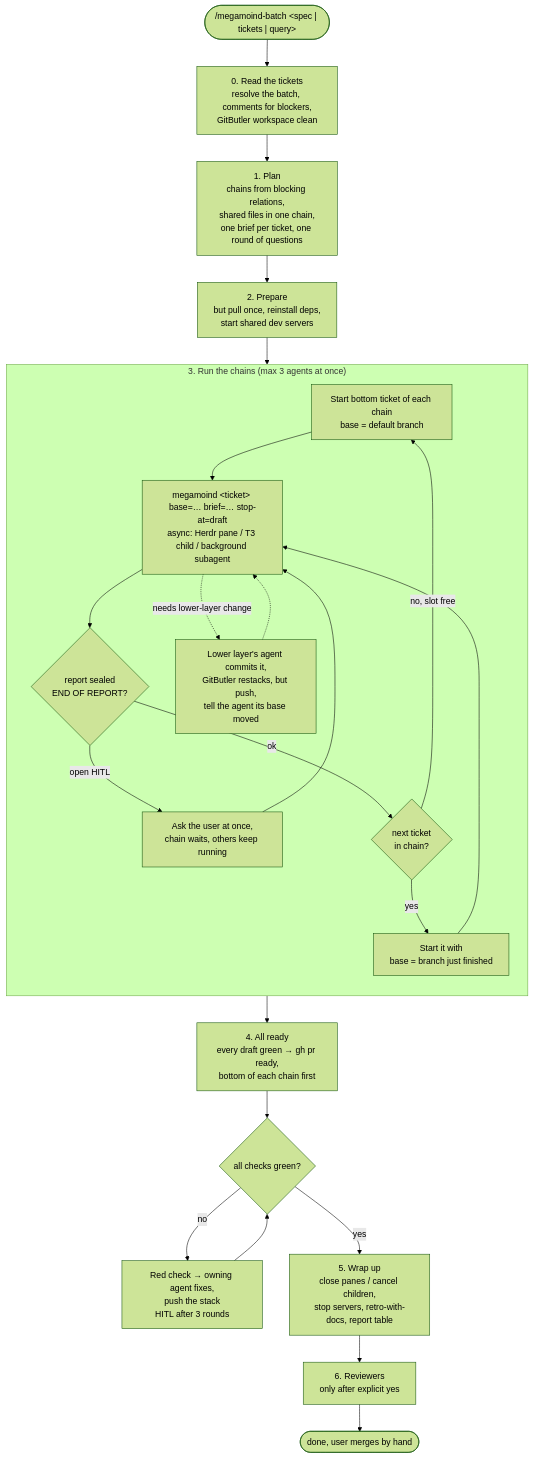
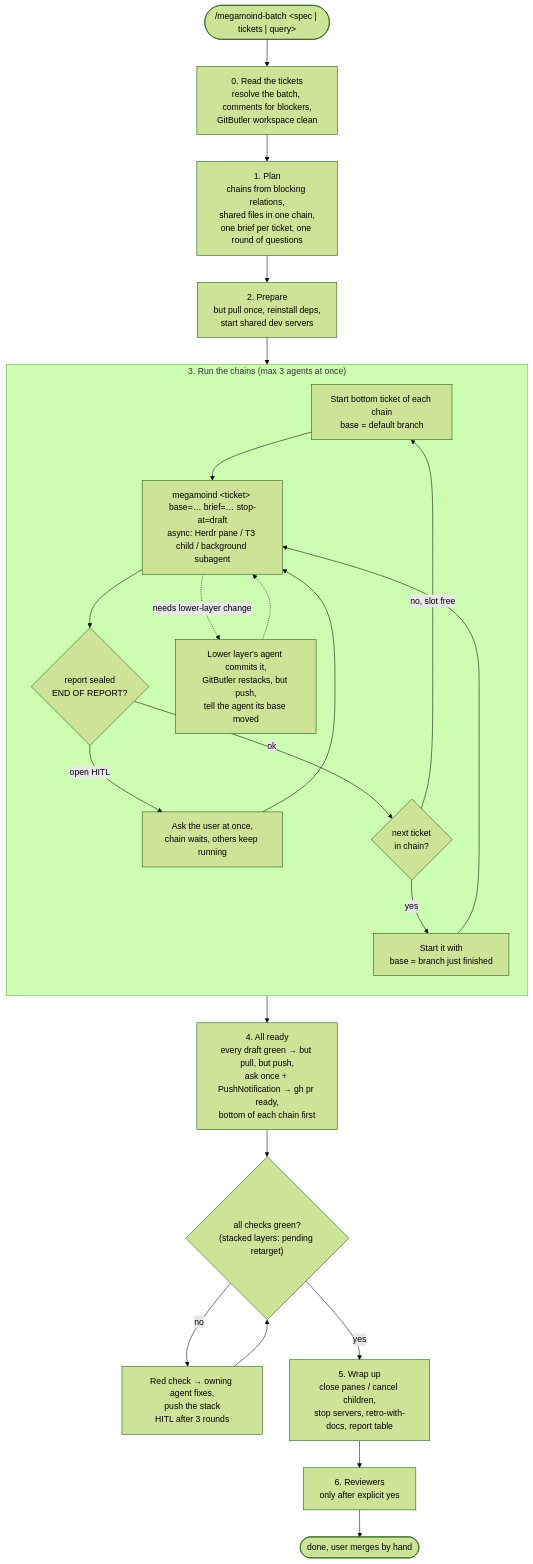
Before and after one commit to moisesrj97/skills: the second of 2 diagrams in docs/megamoind.md, drawn with Mermaid (forest theme). The commit also changed other lines of this file and 2 other files, not shown here.

````diff
--- a/docs/megamoind.md
+++ b/docs/megamoind.md
@@ -38,29 +38,29 @@
 ```mermaid
 flowchart TD
     start(["/megamoind-batch &lt;spec | tickets | query&gt;"]) --> s0["0. Read the tickets<br/>resolve the batch, comments for blockers,<br/>GitButler workspace clean"]
     s0 --> s1["1. Plan<br/>chains from blocking relations,<br/>shared files in one chain,<br/>one brief per ticket, one round of questions"]
     s1 --> s2["2. Prepare<br/>but pull once, reinstall deps,<br/>start shared dev servers"]
     s2 --> s3
 
     subgraph s3["3. Run the chains (max 3 agents at once)"]
         direction TD
         pick["Start bottom ticket of each chain<br/>base = default branch"] --> agent["megamoind &lt;ticket&gt; base=… brief=… stop-at=draft<br/>async: Herdr pane / T3 child / background subagent"]
         agent --> report{"report sealed<br/>END OF REPORT?"}
         report -- "open HITL" --> ask["Ask the user at once,<br/>chain waits, others keep running"]
         ask --> agent
         report -- ok --> next{"next ticket<br/>in chain?"}
         next -- yes --> stack["Start it with<br/>base = branch just finished"]
         stack --> agent
         next -- "no, slot free" --> pick
         agent -. "needs lower-layer change" .-> lower["Lower layer's agent commits it,<br/>GitButler restacks, but push,<br/>tell the agent its base moved"]
         lower -.-> agent
     end
 
-    s3 --> s4["4. All ready<br/>every draft green → gh pr ready,<br/>bottom of each chain first"]
-    s4 --> ci{"all checks green?"}
+    s3 --> s4["4. All ready<br/>every draft green → but pull, but push,<br/>ask once + PushNotification → gh pr ready,<br/>bottom of each chain first"]
+    s4 --> ci{"all checks green?<br/>(stacked layers: pending retarget)"}
     ci -- no --> fix["Red check → owning agent fixes,<br/>push the stack<br/>HITL after 3 rounds"]
     fix --> ci
     ci -- yes --> s5["5. Wrap up<br/>close panes / cancel children,<br/>stop servers, retro-with-docs, report table"]
     s5 --> s6["6. Reviewers<br/>only after explicit yes"]
     s6 --> done([done, user merges by hand])
 ```
````
